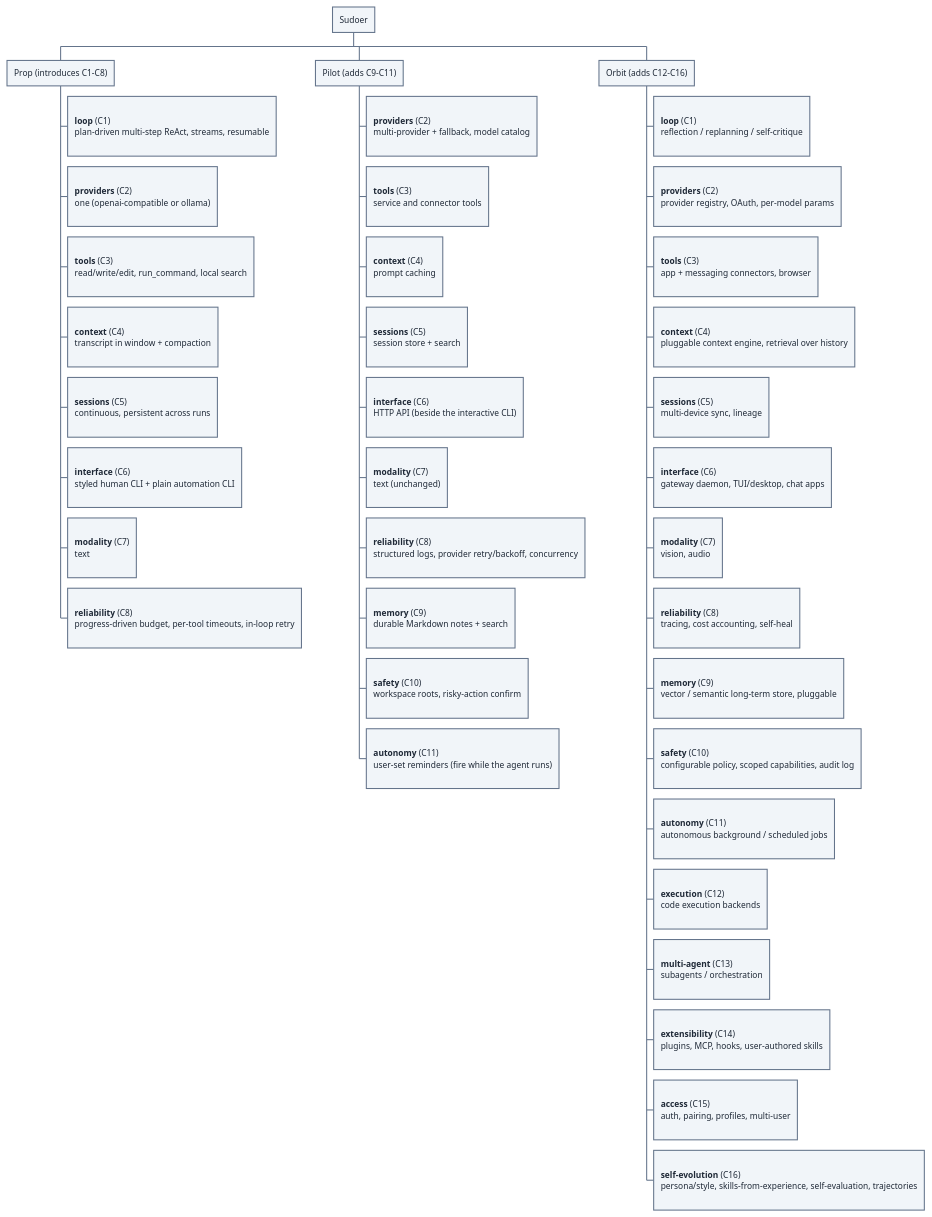
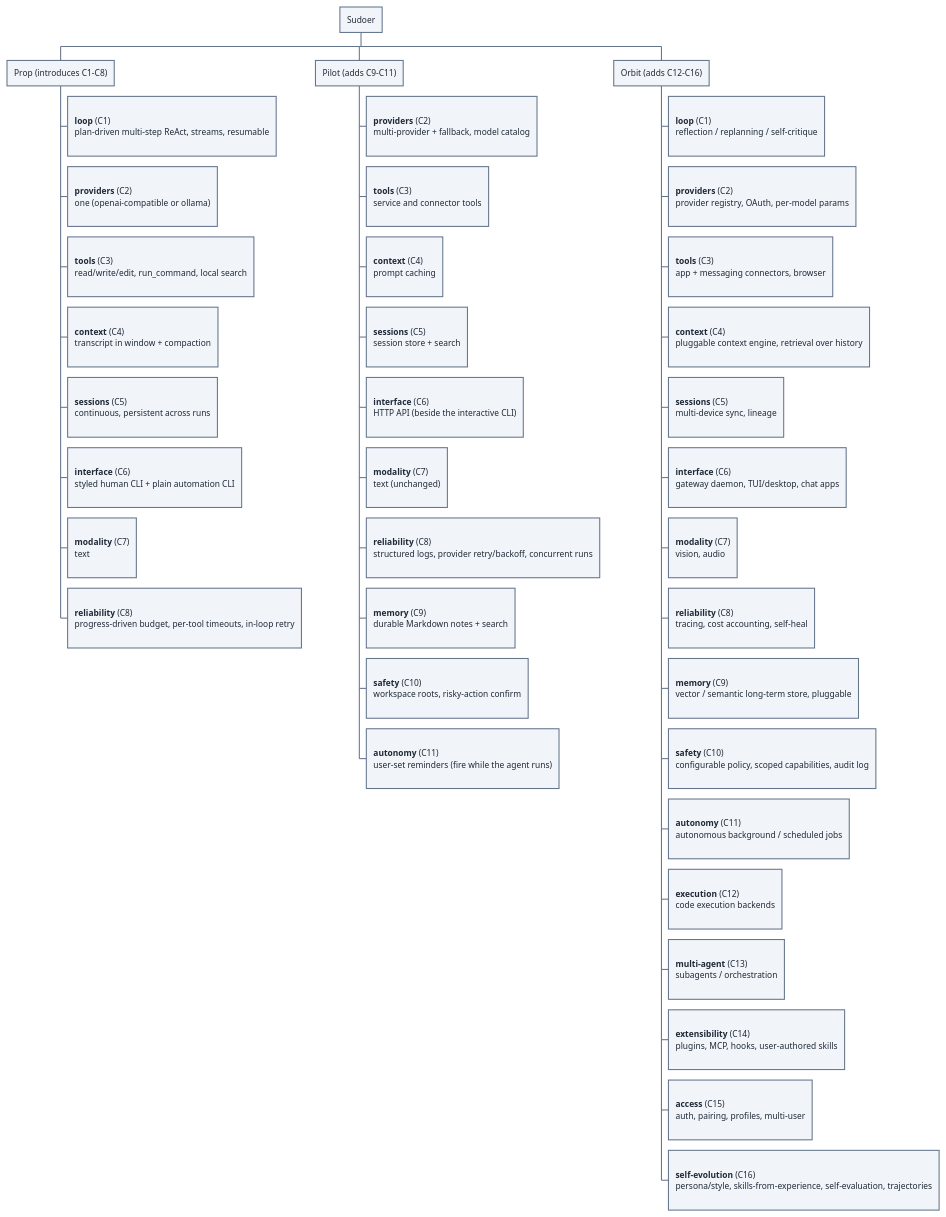
One commit to invented-pro/sudoer changed the third of 4 diagrams in 00_bp/arch.md. Above: the diagram before and after it, drawn with PlantUML. The commit also changed other lines of this file and 32 other files, not shown here.

```diff
--- a/00_bp/arch.md
+++ b/00_bp/arch.md
@@ -186,7 +231,7 @@
 ;
 ***:
 **reliability** (C8)
-structured logs, provider retry/backoff, concurrency
+structured logs, provider retry/backoff, concurrent runs
 ;
 ***:
 **memory** (C9)
```
